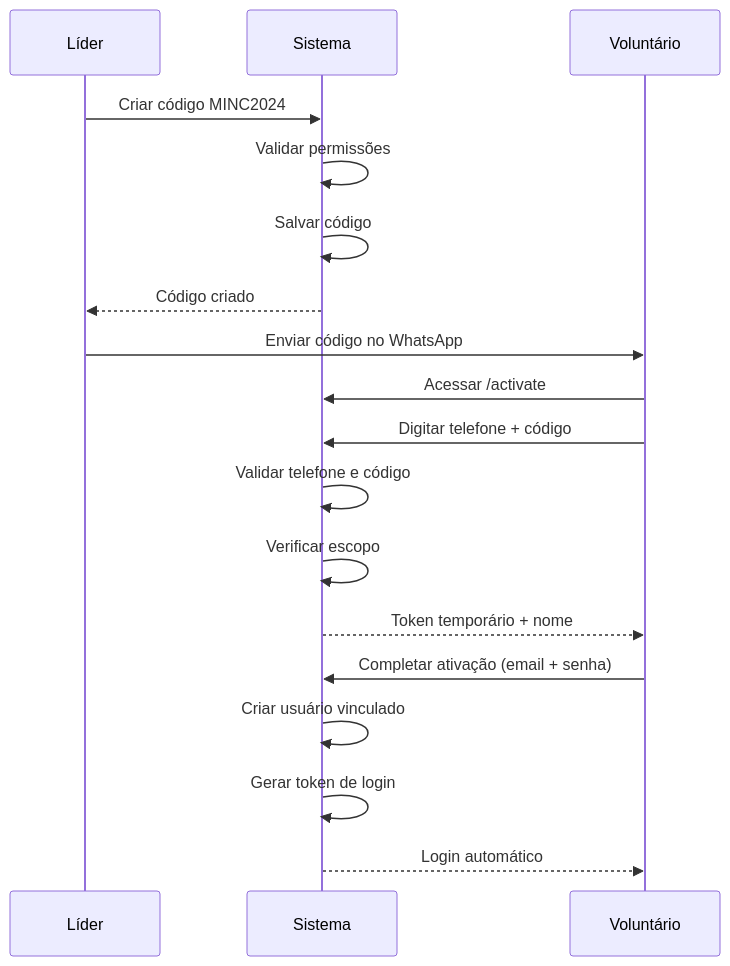
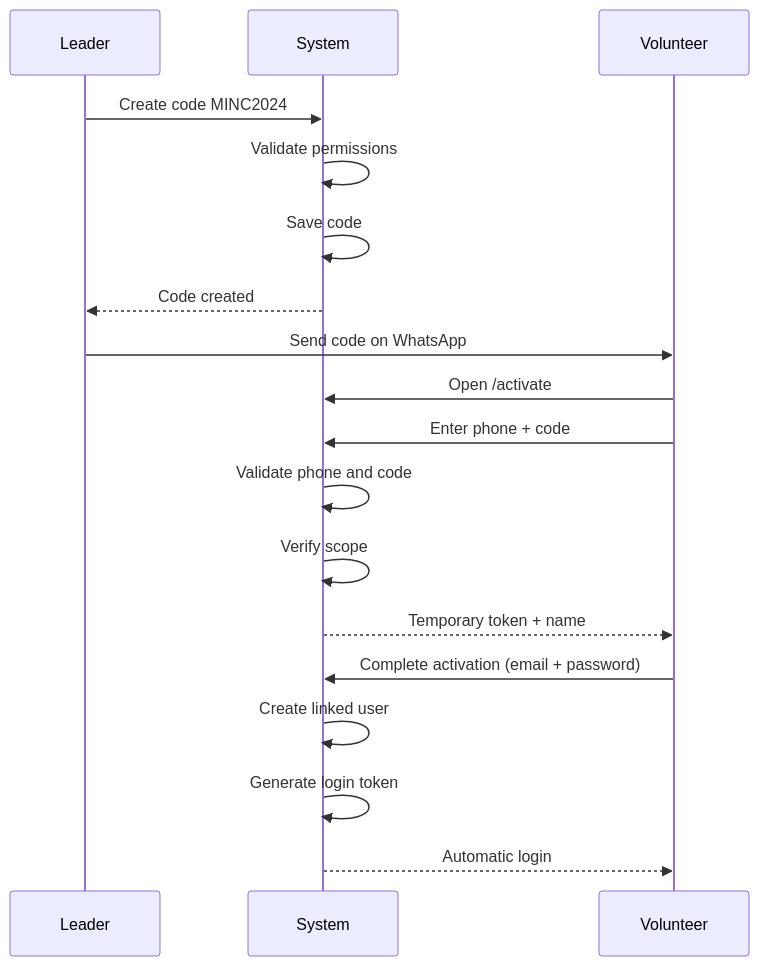
Before and after one commit to rafaeljfec2/connexto-minc-hub: the diagram in docs/ONBOARDING_CODIGO_ACESSO.md, drawn with Mermaid. The commit also changed other lines of this file and 74 other files, not shown here.

````diff
--- a/docs/ONBOARDING_CODIGO_ACESSO.md
+++ b/docs/ONBOARDING_CODIGO_ACESSO.md
@@ -216,24 +213,24 @@
 ```mermaid
 sequenceDiagram
-    participant L as Líder
-    participant S as Sistema
-    participant V as Voluntário
+    participant L as Leader
+    participant S as System
+    participant V as Volunteer
 
-    L->>S: Criar código MINC2024
-    S->>S: Validar permissões
-    S->>S: Salvar código
-    S-->>L: Código criado
+    L->>S: Create code MINC2024
+    S->>S: Validate permissions
+    S->>S: Save code
+    S-->>L: Code created
     
-    L->>V: Enviar código no WhatsApp
+    L->>V: Send code on WhatsApp
     
-    V->>S: Acessar /activate
-    V->>S: Digitar telefone + código
-    S->>S: Validar telefone e código
-    S->>S: Verificar escopo
-    S-->>V: Token temporário + nome
+    V->>S: Open /activate
+    V->>S: Enter phone + code
+    S->>S: Validate phone and code
+    S->>S: Verify scope
+    S-->>V: Temporary token + name
     
-    V->>S: Completar ativação (email + senha)
-    S->>S: Criar usuário vinculado
-    S->>S: Gerar token de login
-    S-->>V: Login automático
+    V->>S: Complete activation (email + password)
+    S->>S: Create linked user
+    S->>S: Generate login token
+    S-->>V: Automatic login
 ```
````
